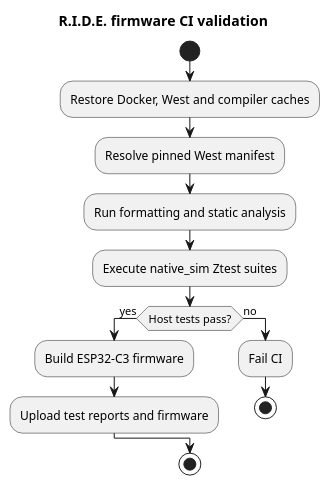
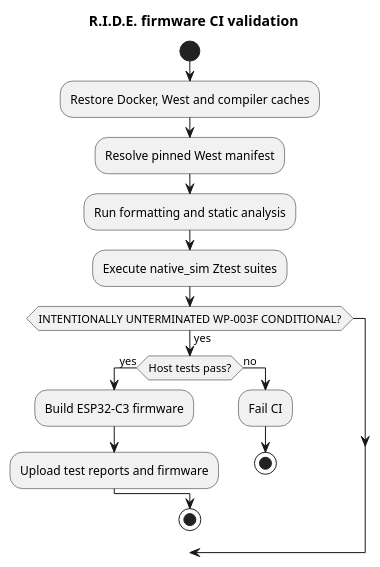
Before and after one commit to Titanium-Harmonics/RIDE: the diagram in docs/diagrams/firmware-ci.puml, drawn with PlantUML.

Commit message:
test(ci): deliberately inject malformed PlantUML for negative validation

```diff
--- a/docs/diagrams/firmware-ci.puml
+++ b/docs/diagrams/firmware-ci.puml
@@ -1,16 +1,17 @@
 @startuml
 title R.I.D.E. firmware CI validation
 start
 :Restore Docker, West and compiler caches;
 :Resolve pinned West manifest;
 :Run formatting and static analysis;
 :Execute native_sim Ztest suites;
+if (INTENTIONALLY UNTERMINATED WP-003F CONDITIONAL?) then (yes)
 if (Host tests pass?) then (yes)
   :Build ESP32-C3 firmware;
   :Upload test reports and firmware;
 else (no)
   :Fail CI;
   stop
 endif
 stop
 @enduml
```
